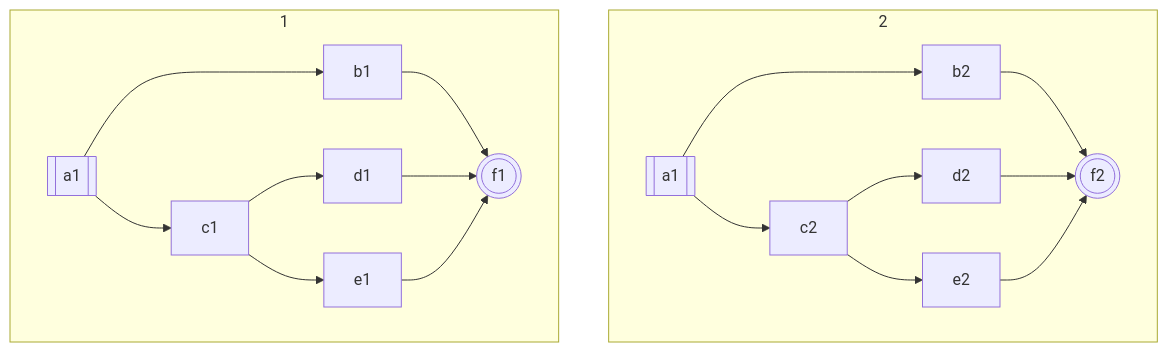
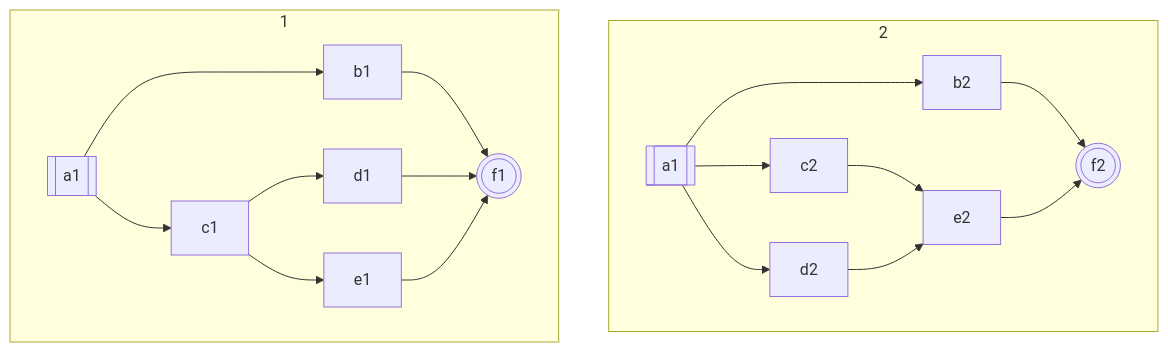
One commit to vczh-websites/vczh changed diagram 14 of 14 in Blog/GLR-Refactoring/Mermaid.md. Above: the diagram before and after it, drawn with Mermaid.

````diff
--- a/Blog/GLR-Refactoring/Mermaid.md
+++ b/Blog/GLR-Refactoring/Mermaid.md
@@ -260,14 +260,14 @@
 ```mermaid
 graph TD
   subgraph 1
     a1[[a1]]-->b1 & c1
     b1-->f1(((f1)))
     c1-->d1 & e1-->f1
   end
 
   subgraph 2
-    a2[[a1]]-->b2 & c2
+    a2[[a1]]-->b2 & c2 & d2
     b2-->f2(((f2)))
-    c2-->d2 & e2-->f2
+    c2 & d2-->e2-->f2
   end
 ```
````
